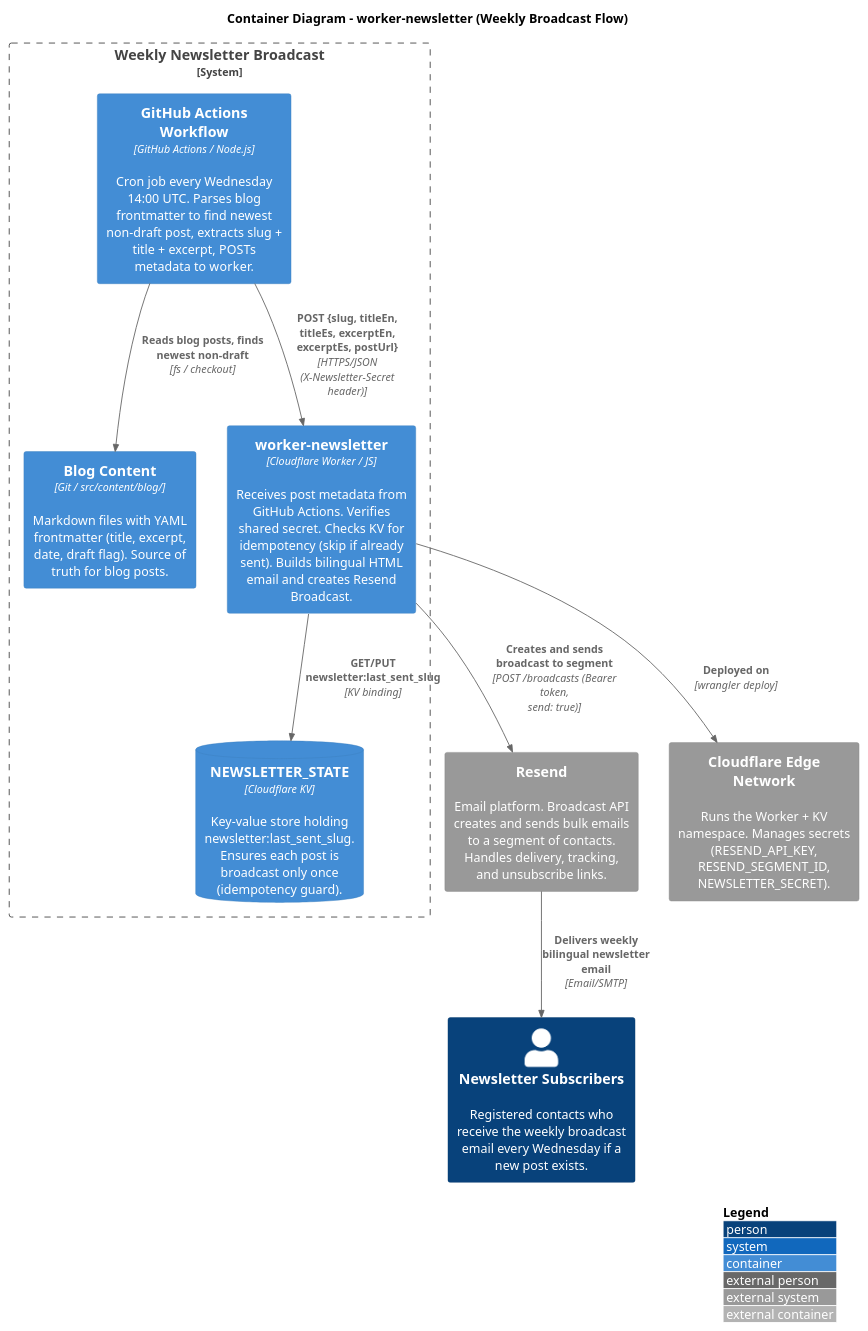
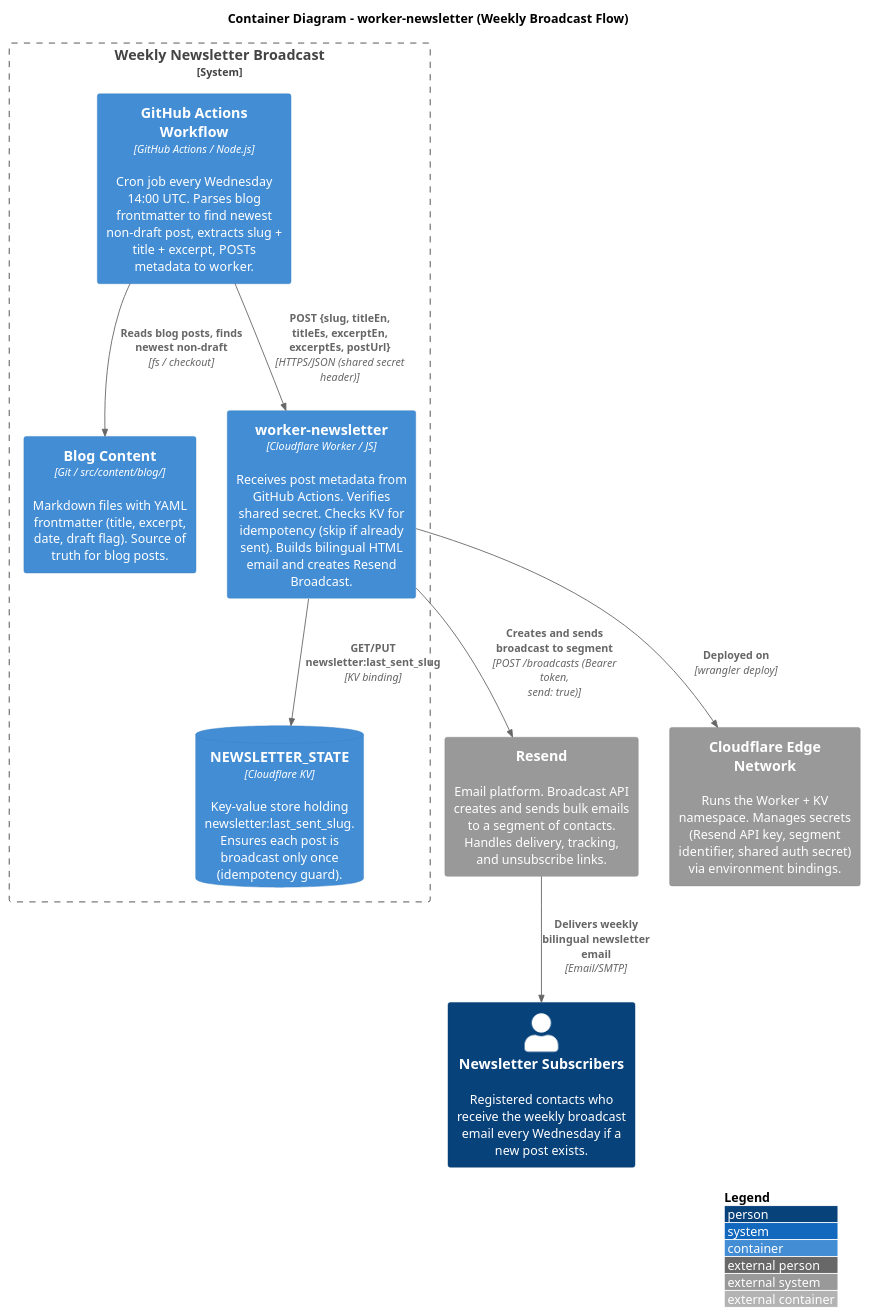
One commit to kiquetal/kiquetal.github.io changed the diagram in public/blog/2026-08-12-newsletter-system-design/c4_2_container_worker_newsletter.puml. Above: the diagram before and after it, drawn with PlantUML. The commit also changed 4 other files, not shown here.

Commit message:
docs: generalize secret names in C4 diagrams — use descriptive labels instead of env var names

```diff
--- a/public/blog/2026-08-12-newsletter-system-design/c4_2_container_worker_newsletter.puml
+++ b/public/blog/2026-08-12-newsletter-system-design/c4_2_container_worker_newsletter.puml
@@ -1,73 +1,73 @@
 @startuml C4_Level2_WorkerNewsletter
 ' =============================================================================
 ' C4 Level 2 — Container Diagram (worker-newsletter)
 ' =============================================================================
 ' Shows the deployable units involved in the weekly newsletter broadcast:
 ' GitHub Actions (cron) → Cloudflare Worker → KV State → Resend Broadcast → Subscribers.
 '
 ' AUDIENCE: Dev, DevOps — understanding the weekly broadcast pipeline.
 ' =============================================================================
 
 !include https://raw.githubusercontent.com/plantuml-stdlib/C4-PlantUML/master/C4_Container.puml
 
 ' --- Layout ---
 LAYOUT_TOP_DOWN()
 LAYOUT_WITH_LEGEND()
 
 title Container Diagram - worker-newsletter (Weekly Broadcast Flow)
 
 ' =============================================================================
 ' PEOPLE
 ' =============================================================================
 
 Person(subscribers, "Newsletter Subscribers", "Registered contacts who receive the weekly broadcast email every Wednesday if a new post exists.")
 
 ' =============================================================================
 ' SYSTEM BOUNDARY — Weekly Broadcast Flow
 ' =============================================================================
 
 System_Boundary(broadcast_system, "Weekly Newsletter Broadcast") {
 
     ' --- GitHub Actions (trigger) ---
     Container(gh_action, "GitHub Actions Workflow", "GitHub Actions / Node.js", "Cron job every Wednesday 14:00 UTC. Parses blog frontmatter to find newest non-draft post, extracts slug + title + excerpt, POSTs metadata to worker.")
 
     ' --- Git Repository (content source) ---
     Container(repo, "Blog Content", "Git / src/content/blog/", "Markdown files with YAML frontmatter (title, excerpt, date, draft flag). Source of truth for blog posts.")
 
     ' --- Cloudflare Worker ---
     Container(worker_newsletter, "worker-newsletter", "Cloudflare Worker / JS", "Receives post metadata from GitHub Actions. Verifies shared secret. Checks KV for idempotency (skip if already sent). Builds bilingual HTML email and creates Resend Broadcast.")
 
     ' --- KV State ---
     ContainerDb(kv_state, "NEWSLETTER_STATE", "Cloudflare KV", "Key-value store holding newsletter:last_sent_slug. Ensures each post is broadcast only once (idempotency guard).")
 }
 
 ' =============================================================================
 ' EXTERNAL SYSTEMS
 ' =============================================================================
 
 System_Ext(resend, "Resend", "Email platform. Broadcast API creates and sends bulk emails to a segment of contacts. Handles delivery, tracking, and unsubscribe links.")
-System_Ext(cloudflare, "Cloudflare Edge Network", "Runs the Worker + KV namespace. Manages secrets (RESEND_API_KEY, RESEND_SEGMENT_ID, NEWSLETTER_SECRET).")
+System_Ext(cloudflare, "Cloudflare Edge Network", "Runs the Worker + KV namespace. Manages secrets (Resend API key, segment identifier, shared auth secret) via environment bindings.")
 
 ' =============================================================================
 ' RELATIONSHIPS
 ' =============================================================================
 
 ' --- Cron trigger ---
 Rel(gh_action, repo, "Reads blog posts, finds newest non-draft", "fs / checkout")
 
 ' --- GitHub Actions → Worker ---
-Rel(gh_action, worker_newsletter, "POST {slug, titleEn, titleEs, excerptEn, excerptEs, postUrl}", "HTTPS/JSON (X-Newsletter-Secret header)")
+Rel(gh_action, worker_newsletter, "POST {slug, titleEn, titleEs, excerptEn, excerptEs, postUrl}", "HTTPS/JSON (shared secret header)")
 
 ' --- Worker → KV (idempotency check) ---
 Rel(worker_newsletter, kv_state, "GET/PUT newsletter:last_sent_slug", "KV binding")
 
 ' --- Worker → Resend (broadcast) ---
 Rel(worker_newsletter, resend, "Creates and sends broadcast to segment", "POST /broadcasts (Bearer token, send: true)")
 
 ' --- Resend → Subscribers ---
 Rel(resend, subscribers, "Delivers weekly bilingual newsletter email", "Email/SMTP")
 
 ' --- Worker deployed on Cloudflare ---
 Rel(worker_newsletter, cloudflare, "Deployed on", "wrangler deploy")
 
 @enduml
```
